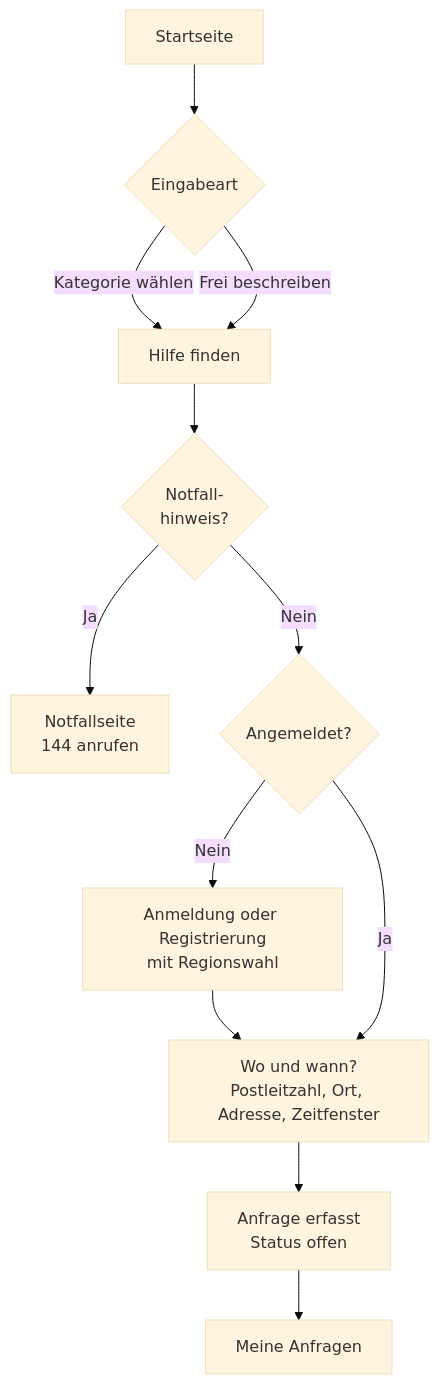
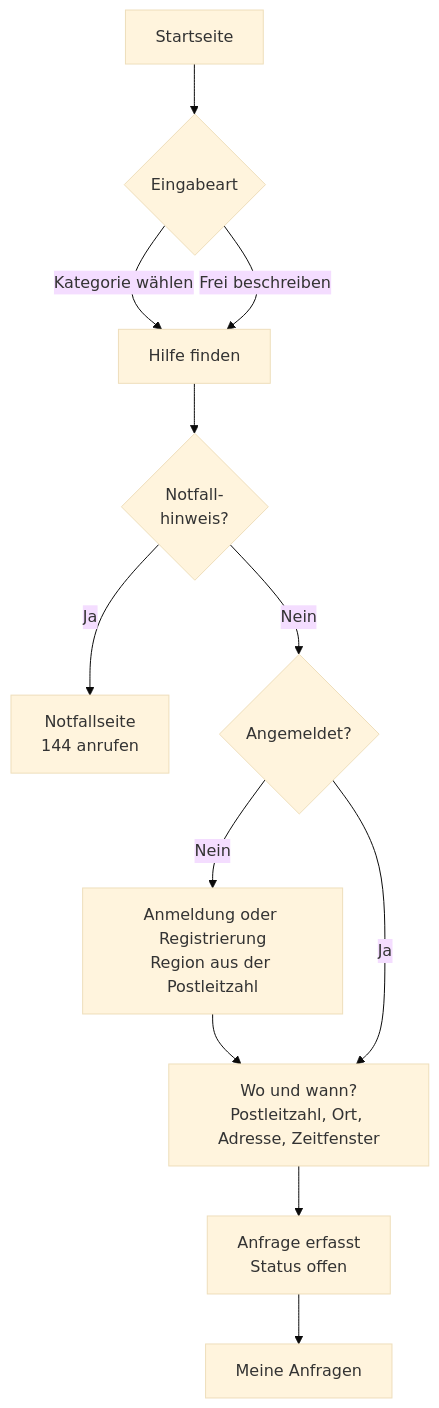
One commit to maliswiss/soforthilfe-bern-mittelland changed the diagram in docs/screenflow.md. Above: the diagram before and after it, drawn with Mermaid (base theme). The commit also changed other lines of this file and 49 other files, not shown here.

Commit message:
R2: Postleitzahl-Zuordnung mit Hinweis bei mehreren Gemeinden und Region aus der Postleitzahl (Refs #27)

````diff
--- a/docs/screenflow.md
+++ b/docs/screenflow.md
@@ -18,14 +18,14 @@
 ```mermaid
 flowchart TD
     S["Startseite"] --> I{"Eingabeart"}
     I -->|"Kategorie wählen"| H["Hilfe finden"]
     I -->|"Frei beschreiben"| H
     H --> N{"Notfall-<br/>hinweis?"}
     N -->|"Ja"| NF["Notfallseite<br/>144 anrufen"]
     N -->|"Nein"| A{"Angemeldet?"}
-    A -->|"Nein"| AN["Anmeldung oder Registrierung<br/>mit Regionswahl"]
+    A -->|"Nein"| AN["Anmeldung oder Registrierung<br/>Region aus der Postleitzahl"]
     AN --> E
     A -->|"Ja"| E["Wo und wann?<br/>Postleitzahl, Ort, Adresse, Zeitfenster"]
     E --> D["Anfrage erfasst<br/>Status offen"]
     D --> M["Meine Anfragen"]
 ```
````
